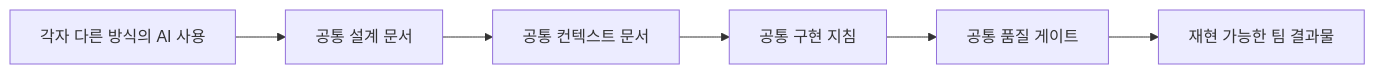
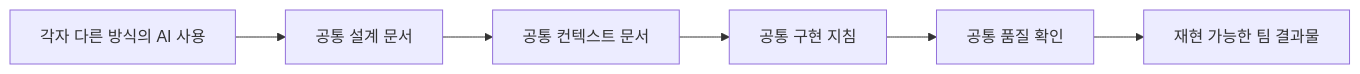
The seventh of 7 diagrams in Docs/Harness_Engineering_Intro.md (hb9397/AI_Agent_docs), drawn with Mermaid before and after one commit. The commit also changed other lines of this file and 3 other files, not shown here.

````diff
--- a/Docs/Harness_Engineering_Intro.md
+++ b/Docs/Harness_Engineering_Intro.md
@@ -543,8 +543,8 @@
 ```mermaid
 flowchart LR
     A["각자 다른 방식의 AI 사용"] --> B["공통 설계 문서"]
     B --> C["공통 컨텍스트 문서"]
     C --> D["공통 구현 지침"]
-    D --> E["공통 품질 게이트"]
+    D --> E["공통 품질 확인"]
     E --> F["재현 가능한 팀 결과물"]
 ```
````
